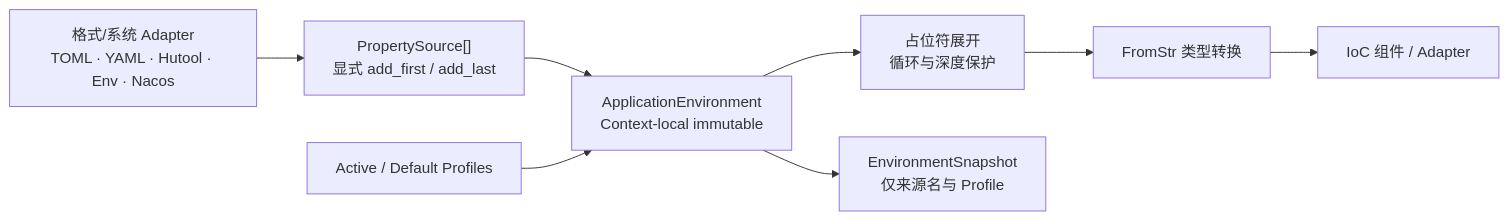
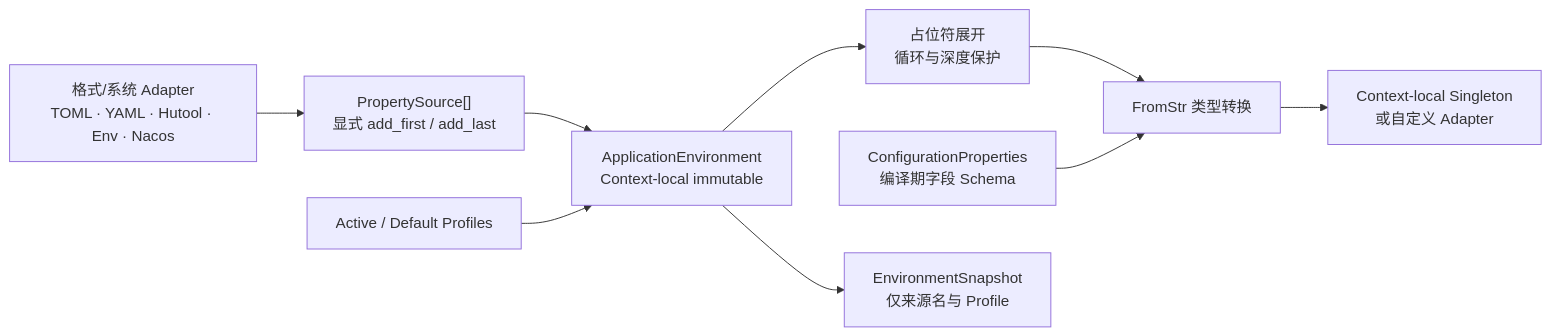
Before and after one commit to easy-4-rust/vernal: diagram 11 of 21 in docs/Vernal-Architecture.zh_CN.md, drawn with Mermaid. The commit also changed other lines of this file and 22 other files, not shown here.

Commit message:
feat(context): bind typed configuration components

````diff
--- a/docs/Vernal-Architecture.zh_CN.md
+++ b/docs/Vernal-Architecture.zh_CN.md
@@ -715,17 +718,19 @@
 ```mermaid
 flowchart LR
     Loader["格式/系统 Adapter<br/>TOML · YAML · Hutool · Env · Nacos"]
     Source["PropertySource[]<br/>显式 add_first / add_last"]
     Profiles["Active / Default Profiles"]
     Environment["ApplicationEnvironment<br/>Context-local immutable"]
     Resolve["占位符展开<br/>循环与深度保护"]
     Typed["FromStr 类型转换"]
-    Component["IoC 组件 / Adapter"]
+    Schema["ConfigurationProperties<br/>编译期字段 Schema"]
+    Component["Context-local Singleton<br/>或自定义 Adapter"]
     Snapshot["EnvironmentSnapshot<br/>仅来源名与 Profile"]
 
     Loader --> Source
     Source --> Environment
     Profiles --> Environment
-    Environment --> Resolve --> Typed --> Component
+    Environment --> Resolve --> Typed
+    Schema --> Typed --> Component
     Environment --> Snapshot
 ```
````
